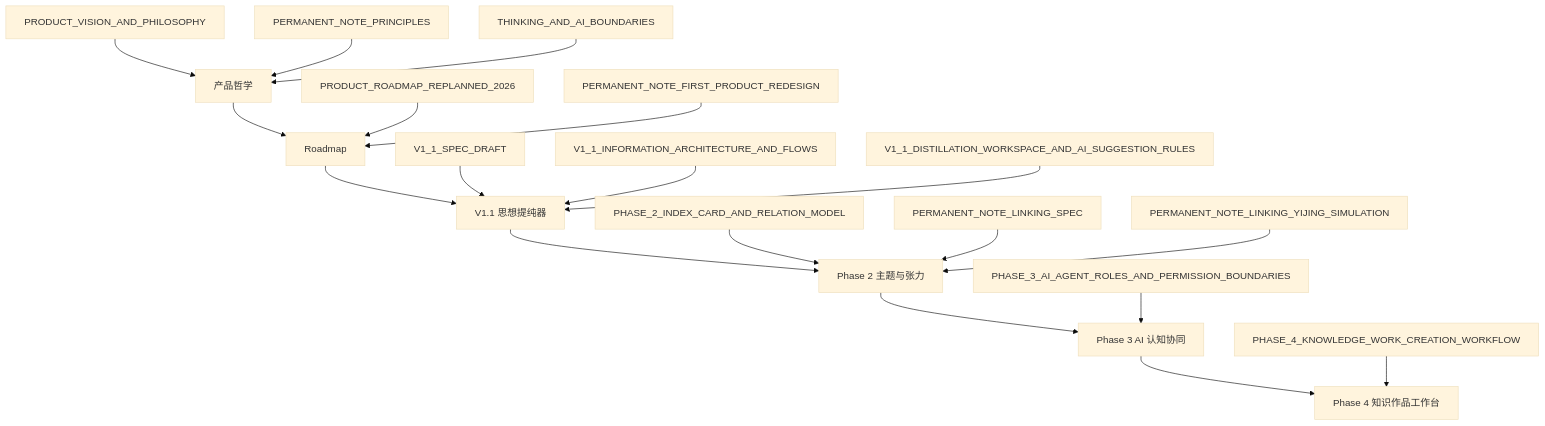
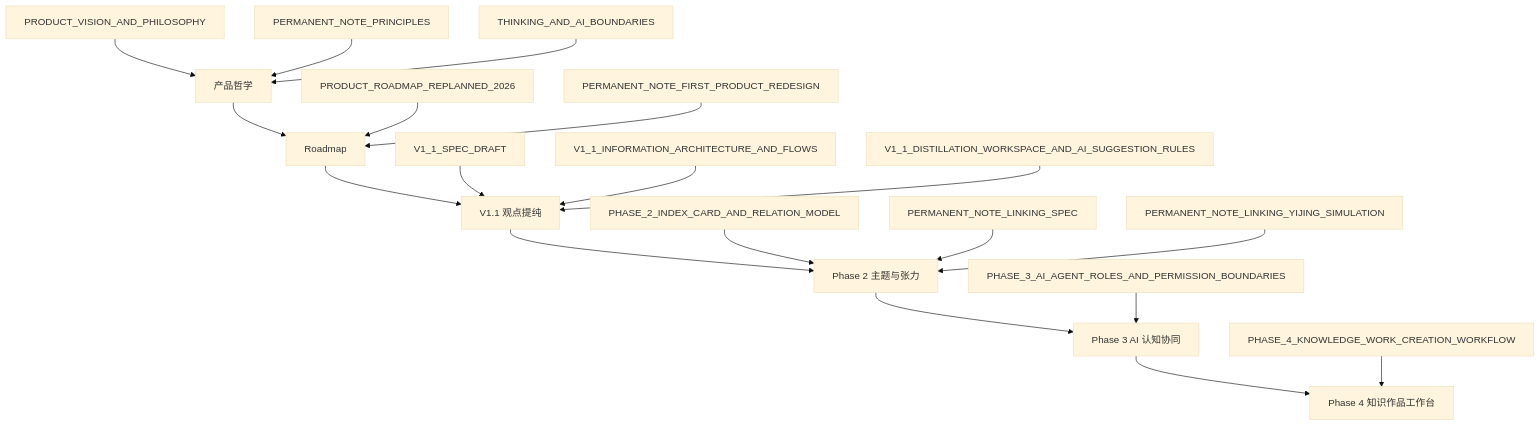
One commit to lidiansen58-debug/yansilu changed the diagram in docs/PRODUCT_PLANNING_INDEX.md. Above: the diagram before and after it, drawn with Mermaid (base theme). The commit also changed other lines of this file and 21 other files, not shown here.

````diff
--- a/docs/PRODUCT_PLANNING_INDEX.md
+++ b/docs/PRODUCT_PLANNING_INDEX.md
@@ -256,22 +258,22 @@
 ```mermaid
 flowchart TB
   A["产品哲学"] --> B["Roadmap"]
-  B --> C["V1.1 思想提纯器"]
+  B --> C["V1.1 观点提纯"]
   C --> D["Phase 2 主题与张力"]
   D --> E["Phase 3 AI 认知协同"]
   E --> F["Phase 4 知识作品工作台"]
 
   A1["PRODUCT_VISION_AND_PHILOSOPHY"] --> A
   A2["PERMANENT_NOTE_PRINCIPLES"] --> A
   A3["THINKING_AND_AI_BOUNDARIES"] --> A
   B1["PRODUCT_ROADMAP_REPLANNED_2026"] --> B
   B2["PERMANENT_NOTE_FIRST_PRODUCT_REDESIGN"] --> B
   C1["V1_1_SPEC_DRAFT"] --> C
   C2["V1_1_INFORMATION_ARCHITECTURE_AND_FLOWS"] --> C
   C3["V1_1_DISTILLATION_WORKSPACE_AND_AI_SUGGESTION_RULES"] --> C
   D1["PHASE_2_INDEX_CARD_AND_RELATION_MODEL"] --> D
   D2["PERMANENT_NOTE_LINKING_SPEC"] --> D
   D3["PERMANENT_NOTE_LINKING_YIJING_SIMULATION"] --> D
   E1["PHASE_3_AI_AGENT_ROLES_AND_PERMISSION_BOUNDARIES"] --> E
   F1["PHASE_4_KNOWLEDGE_WORK_CREATION_WORKFLOW"] --> F
 ```
````
